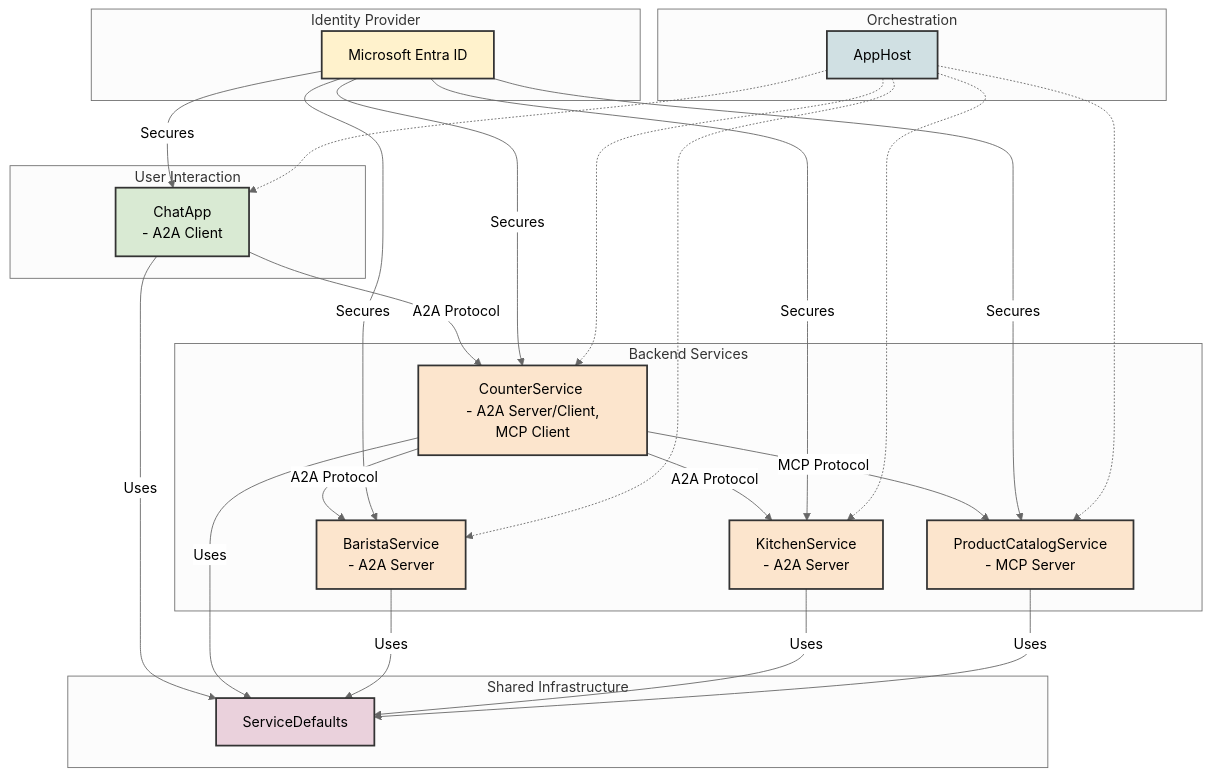
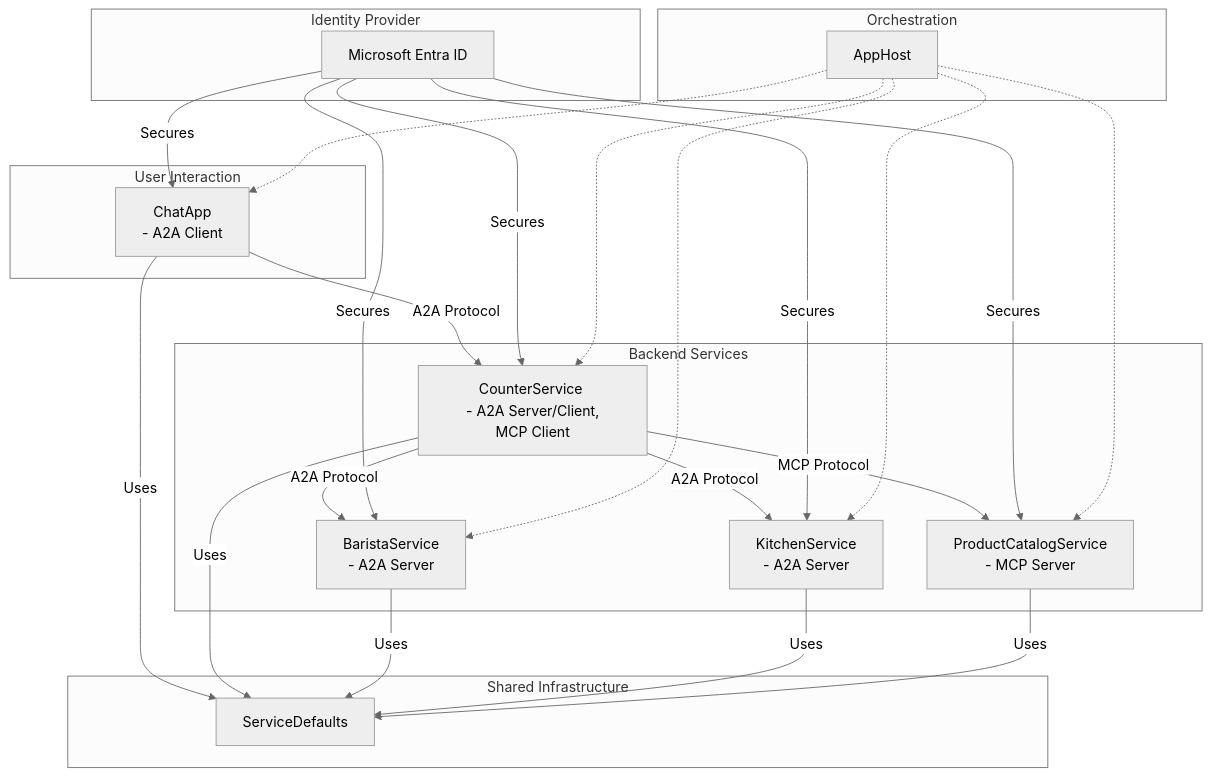
One commit to thangchung/coffeeshop-agent changed the diagram in README.md. Above: the diagram before and after it, drawn with Mermaid (neutral theme). The commit also changed 1 other file, not shown here.

Commit message:
chore: update dependencies and improve documentation
- Removed `Microsoft.Extensions.Http.Resilience` package (v9.8.0).
- Updated `Scalar.AspNetCore` to v2.8.0.
- Added a disclaimer to `README.md` about demo usage.
- Simplified Mermaid diagram by removing unused styling definitions.

````diff
--- a/README.md
+++ b/README.md
@@ -8,65 +10,58 @@
 ```mermaid
 graph TD
     subgraph "Identity Provider"
         EntraID[Microsoft Entra ID]
     end
 
     subgraph "User Interaction"
         WebApp[ChatApp <br> - A2A Client]
     end
 
     subgraph "Orchestration"
         AppHost
     end
 
     subgraph "Backend Services"
         Counter[CounterService <br> - A2A Server/Client, MCP Client]
         Barista[BaristaService <br> - A2A Server]
         Kitchen[KitchenService <br> - A2A Server]
         ProductCatalog[ProductCatalogService <br> - MCP Server]
     end
 
     subgraph "Shared Infrastructure"
         ServiceDefaults
     end
 
     %% Core Interactions
     WebApp -- "A2A Protocol" --> Counter
     Counter -- "A2A Protocol" --> Barista
     Counter -- "A2A Protocol" --> Kitchen
     Counter -- "MCP Protocol" --> ProductCatalog
 
     %% Authentication & Authorization
     EntraID -- "Secures" --> WebApp
     EntraID -- "Secures" --> Counter
     EntraID -- "Secures" --> Barista
     EntraID -- "Secures" --> Kitchen
     EntraID -- "Secures" --> ProductCatalog
 
     %% Development-time Orchestration
     AppHost -.-> WebApp
     AppHost -.-> Counter
     AppHost -.-> Barista
     AppHost -.-> Kitchen
     AppHost -.-> ProductCatalog
     
     %% Shared Dependencies
     WebApp -- "Uses" --> ServiceDefaults
     Counter -- "Uses" --> ServiceDefaults
     Barista -- "Uses" --> ServiceDefaults
     Kitchen -- "Uses" --> ServiceDefaults
     ProductCatalog -- "Uses" --> ServiceDefaults
 
-    %% Styling
-    classDef user fill:#D9EAD3,stroke:#333,stroke-width:2px;
-    classDef backend fill:#FCE5CD,stroke:#333,stroke-width:2px;
-    classDef orchestrator fill:#D0E0E3,stroke:#333,stroke-width:2px;
-    classDef shared fill:#EAD1DC,stroke:#333,stroke-width:2px;
-    classDef identity fill:#FFF2CC,stroke:#333,stroke-width:2px;
-
     class WebApp user;
     class Counter,Barista,Kitchen,ProductCatalog backend;
     class AppHost orchestrator;
     class ServiceDefaults shared;
     class EntraID identity;
 ```
````
